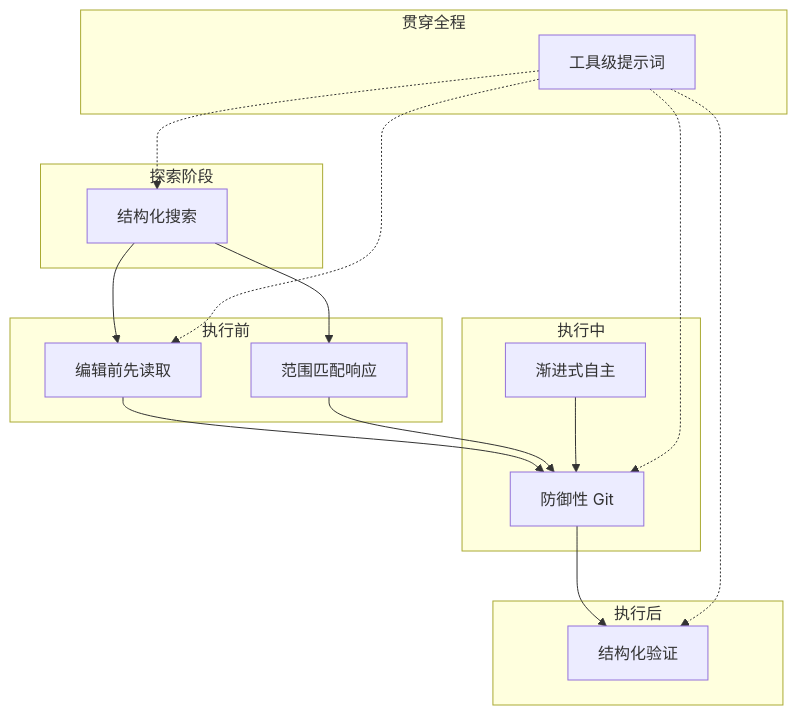
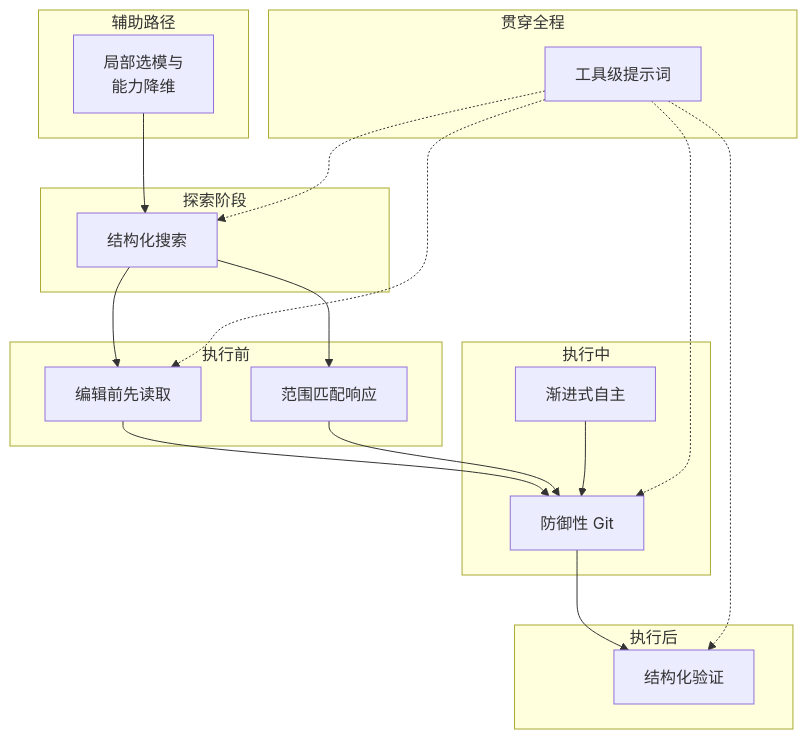
Before and after one commit to read-x/harness-engineering-from-cc-to-ai-coding: the diagram in book/src/part7/ch27.md, drawn with Mermaid. The commit also changed other lines of this file and 3 other files, not shown here.

````diff
--- a/book/src/part7/ch27.md
+++ b/book/src/part7/ch27.md
@@ -281,31 +308,35 @@
 ```mermaid
 graph TD
+    subgraph 辅助路径
+        H["局部选模与<br/>能力降维"]
+    end
     subgraph 探索阶段
         G["结构化搜索"]
     end
     subgraph 执行前
         A["编辑前先读取"]
         B["范围匹配响应"]
     end
     subgraph 执行中
         C["防御性 Git"]
         D["渐进式自主"]
     end
     subgraph 执行后
         E["结构化验证"]
     end
     subgraph 贯穿全程
         F["工具级提示词"]
     end
 
+    H --> G
     G --> A
     G --> B
     A --> C
     B --> C
     D --> C
     C --> E
     F -.-> G
     F -.-> A
     F -.-> C
     F -.-> E
 ```
````
